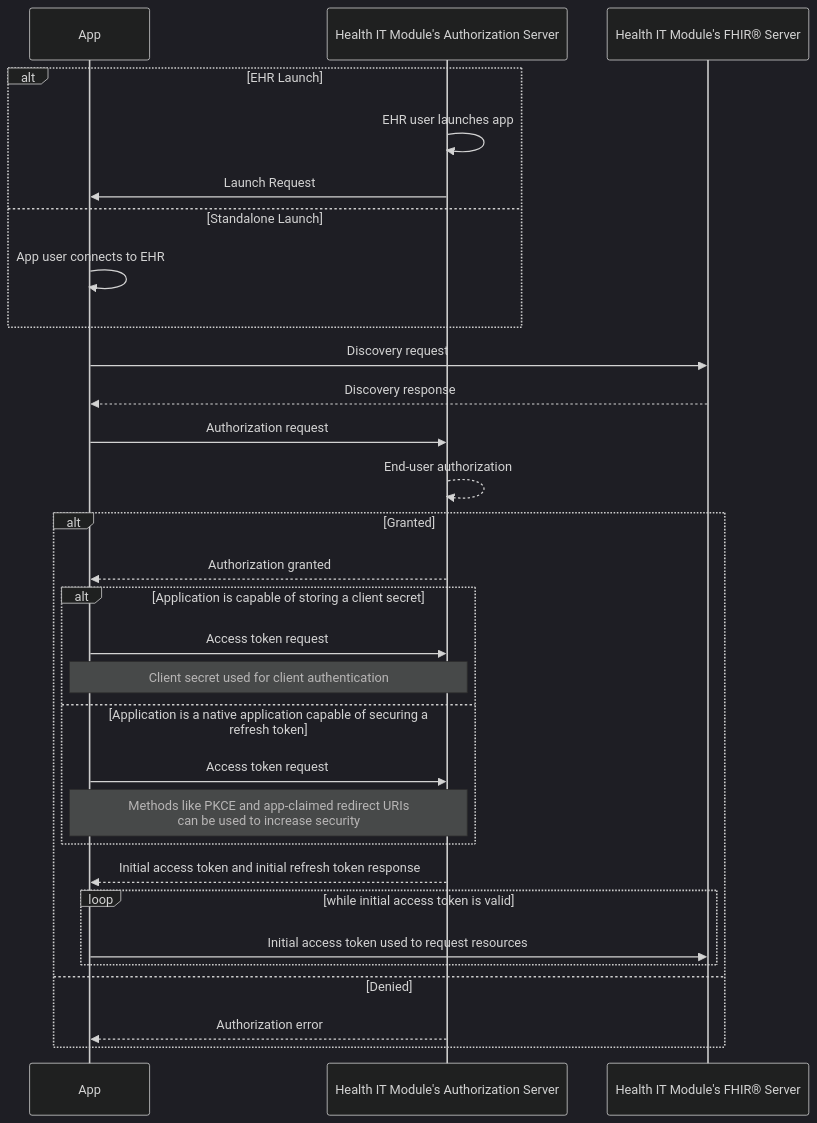
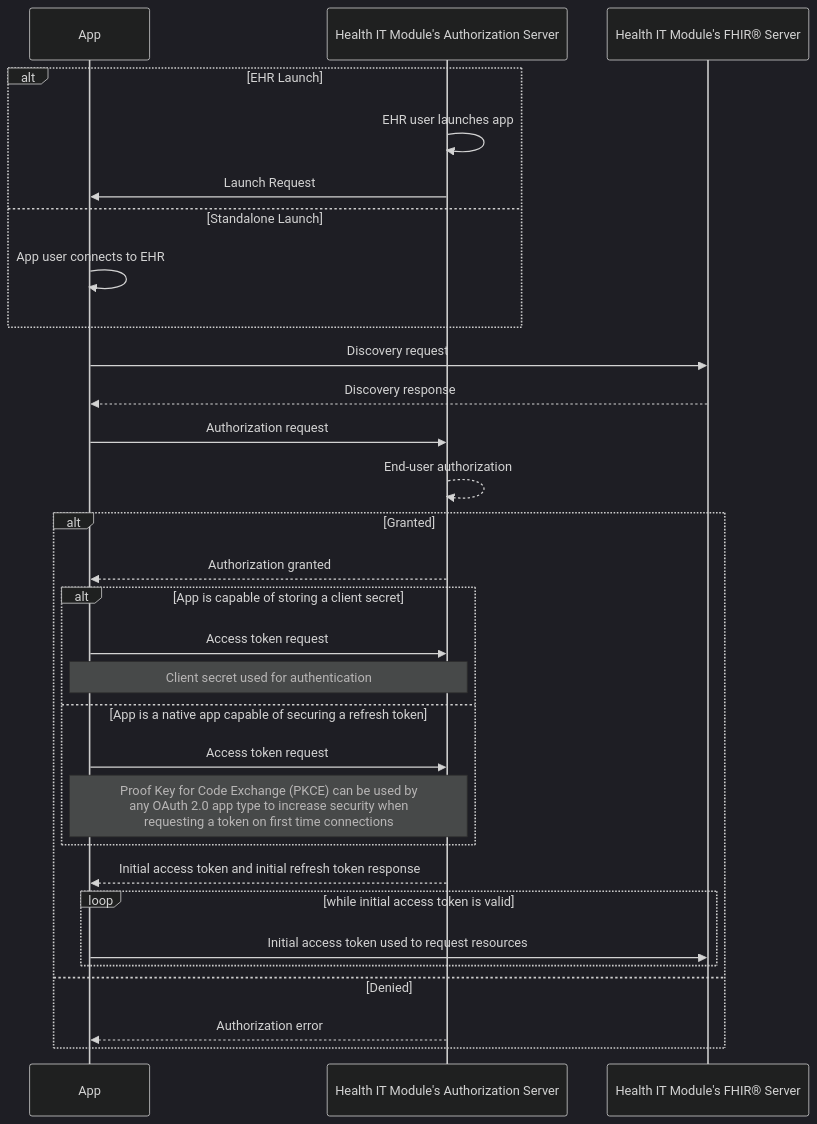
The first of 5 diagrams in docs/g10-criterion.md (onc-healthit/api-resource-guide), drawn with Mermaid (dark theme) before and after one commit. The commit also changed other lines of this file, not shown here.

````diff
--- a/docs/g10-criterion.md
+++ b/docs/g10-criterion.md
@@ -296,33 +296,33 @@
 	``` mermaid
 	sequenceDiagram
 		participant app as App
 		participant authz as Health IT Module's Authorization Server
 		participant fhir as Health IT Module's FHIR® Server
 
 		alt EHR Launch
 			authz ->> authz: EHR user launches app
 			authz ->> app: Launch Request
 		else Standalone Launch
 			app ->> app: App user connects to EHR
 		end
 		app ->> fhir: Discovery request
 		fhir -->> app: Discovery response
 		app ->> authz: Authorization request
 		authz -->> authz: End-user authorization
 		alt Granted
 			authz -->> app: Authorization granted
-            alt Application is capable of storing a client secret
+            alt App is capable of storing a client secret
 			app ->> authz: Access token request
-			note over app,authz: Client secret used for client authentication
-            else Application is a native application capable of securing a refresh token
+			note over app,authz: Client secret used for authentication
+            else App is a native app capable of securing a refresh token
 			app ->> authz: Access token request
-            note over app,authz: Methods like PKCE and app-claimed redirect URIs <br/> can be used to increase security
+            note over app,authz: Proof Key for Code Exchange (PKCE) can be used by <br/> any OAuth 2.0 app type to increase security when <br/> requesting a token on first time connections
             end
 			authz -->> app: Initial access token and initial refresh token response
 			loop while initial access token is valid
 				app ->> fhir: Initial access token used to request resources
 			end
 		else Denied
 			authz -->> app: Authorization error
 		end
 	```
````
